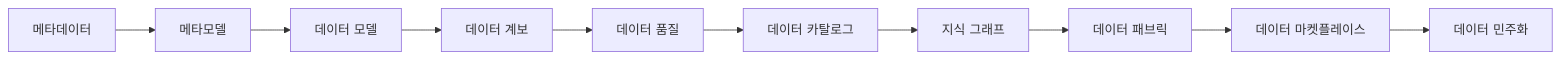
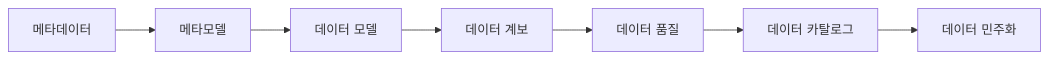
The first of 16 diagrams in 모던 데이터 아키텍처/15장. 메타데이터와 데이터 지도.md (i31pc17/bitbook), drawn with Mermaid before and after one commit. The commit also changed other lines of this file and 11 other files, not shown here.

````diff
--- a/모던 데이터 아키텍처/15장. 메타데이터와 데이터 지도.md
+++ b/모던 데이터 아키텍처/15장. 메타데이터와 데이터 지도.md
@@ -57,4 +57,4 @@
 ```mermaid
 flowchart LR
-    a["메타데이터"] --> b["메타모델"] --> c["데이터 모델"] --> d["데이터 계보"] --> e["데이터 품질"] --> f["데이터 카탈로그"] --> g["지식 그래프"] --> h["데이터 패브릭"] --> i["데이터 마켓플레이스"] --> j["데이터 민주화"]
+    a["메타데이터"] --> b["메타모델"] --> c["데이터 모델"] --> d["데이터 계보"] --> e["데이터 품질"] --> f["데이터 카탈로그"] --> g["데이터 민주화"]
 ```
````
